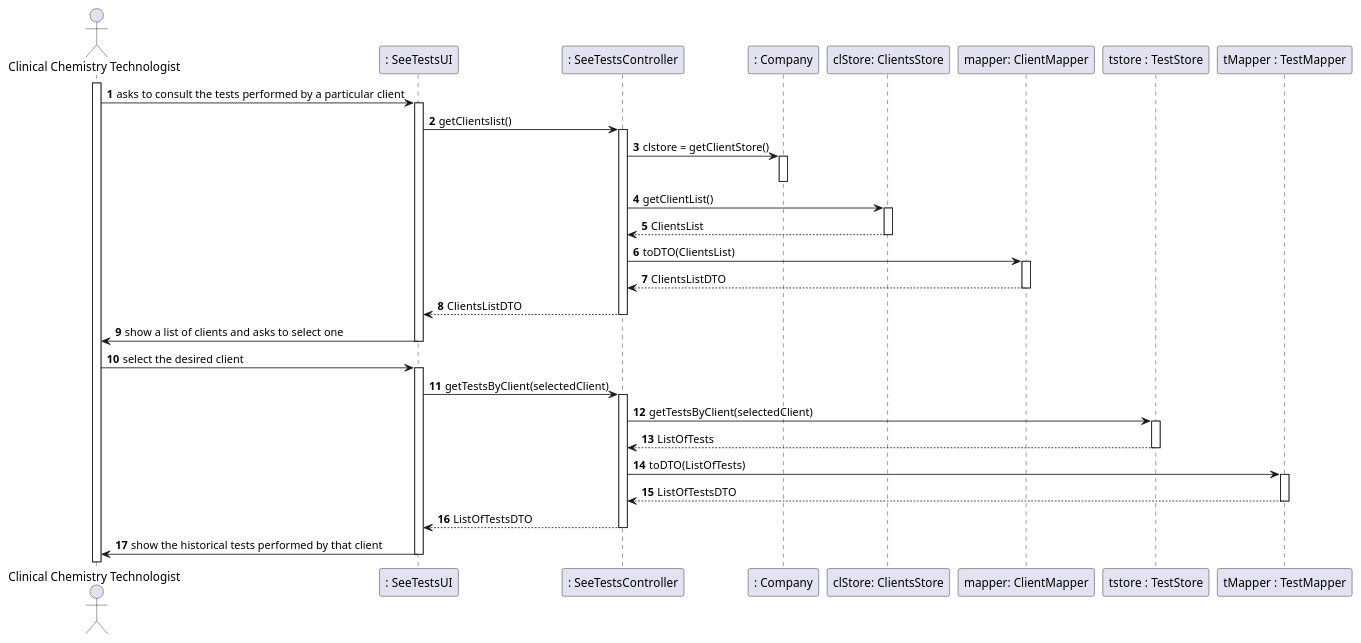
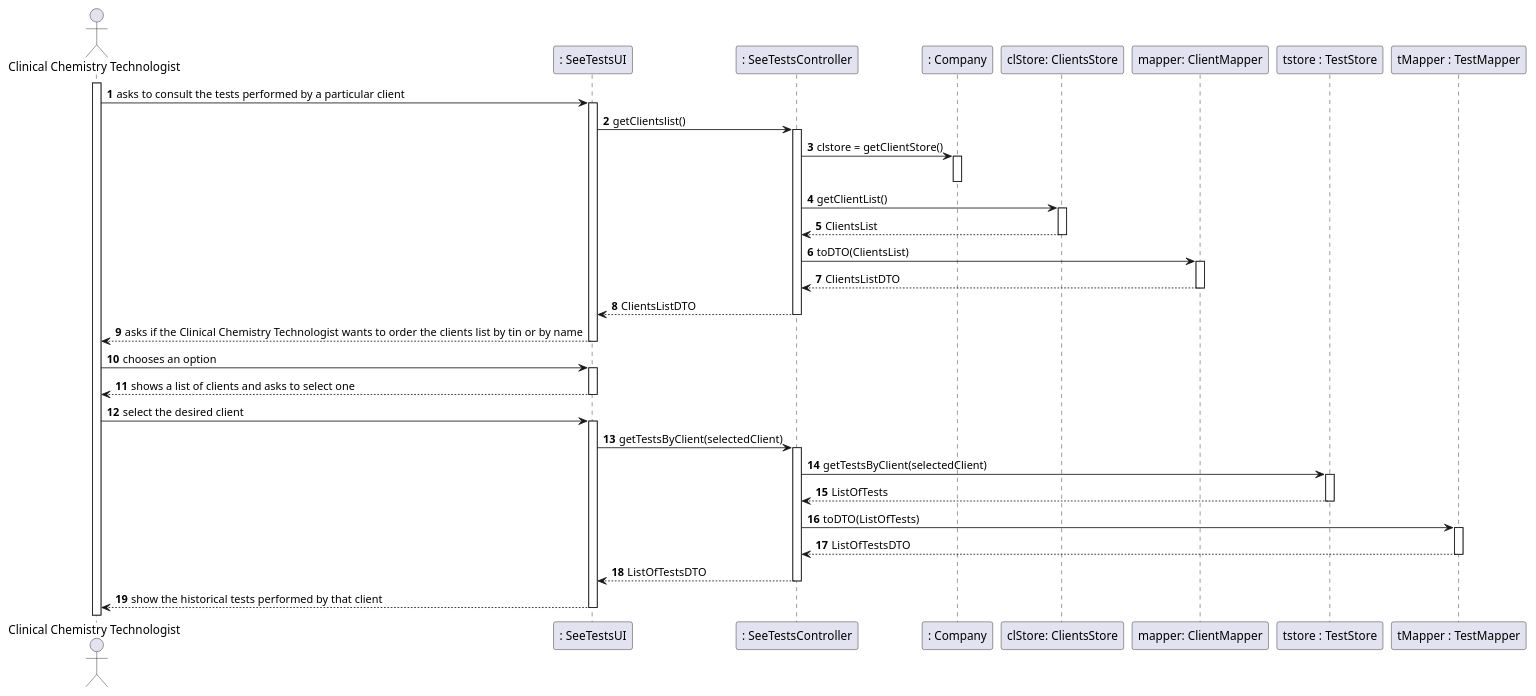
Before and after one commit to manu-07-ela/LAPR2_ISEP: the diagram in docs/SprintD/US13/US13_SD.puml, drawn with PlantUML. The commit also changed 1 other file, not shown here.

```diff
--- a/docs/SprintD/US13/US13_SD.puml
+++ b/docs/SprintD/US13/US13_SD.puml
@@ -1,57 +1,62 @@
 @startuml
 'https://plantuml.com/sequence-diagram
 
 autonumber
 actor "Clinical Chemistry Technologist" as CCT
 
 participant ": SeeTestsUI" as UI
 participant ": SeeTestsController" as CTRL
 participant ": Company" as Comp
 participant "clStore: ClientsStore" as CStore
 participant "mapper: ClientMapper" as ClMapper
 participant "tstore : TestStore" as tStore
 participant "tMapper : TestMapper" as TMapper
 
+activate CCT
 
-activate CCT
 CCT -> UI : asks to consult the tests performed by a particular client
 activate UI
 UI -> CTRL : getClientslist()
 activate CTRL
 CTRL -> Comp : clstore = getClientStore()
 activate Comp
 deactivate Comp
 CTRL -> CStore : getClientList()
 activate CStore
 CStore --> CTRL : ClientsList
 deactivate CStore
 CTRL -> ClMapper : toDTO(ClientsList)
 activate ClMapper
 ClMapper --> CTRL : ClientsListDTO
 deactivate ClMapper
 CTRL --> UI : ClientsListDTO
 deactivate CTRL
-UI -> CCT : show a list of clients and asks to select one
+UI --> CCT : asks if the Clinical Chemistry Technologist wants to order the clients list by tin or by name
+deactivate UI
+
+CCT -> UI : chooses an option
+activate UI
+UI --> CCT : shows a list of clients and asks to select one
 deactivate UI
 
 CCT -> UI : select the desired client
 activate UI
 UI -> CTRL : getTestsByClient(selectedClient)
 activate CTRL
 CTRL -> tStore : getTestsByClient(selectedClient)
 activate tStore
 tStore --> CTRL : ListOfTests
 deactivate tStore
 CTRL -> TMapper : toDTO(ListOfTests)
 activate TMapper
 TMapper --> CTRL : ListOfTestsDTO
 deactivate TMapper
 CTRL --> UI :ListOfTestsDTO
 deactivate CTRL
-UI -> CCT : show the historical tests performed by that client
+UI --> CCT : show the historical tests performed by that client
 deactivate UI
 
 
 
 
 @enduml
```
